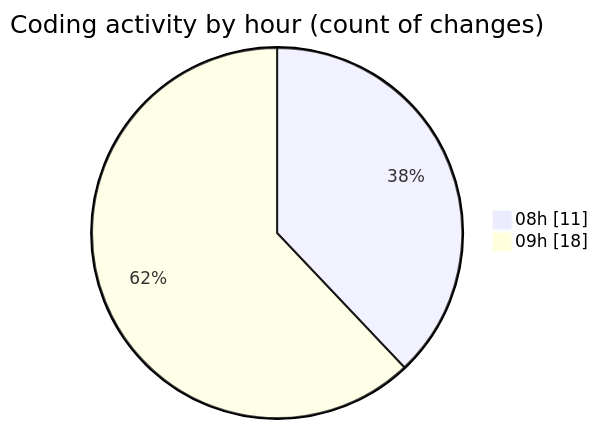
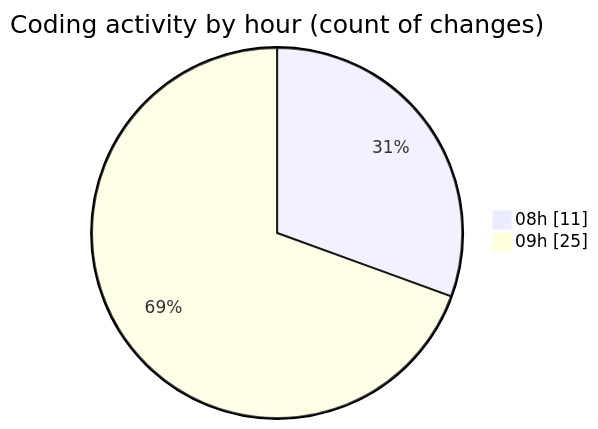
One commit to MatusMokan/code-tracking changed the second of 2 diagrams in 2025-11-15/untitled__workspace_/README.md. Above: the diagram before and after it, drawn with Mermaid. The commit also changed other lines of this file and 1 other file, not shown here.

````diff
--- a/2025-11-15/untitled__workspace_/README.md
+++ b/2025-11-15/untitled__workspace_/README.md
@@ -33,6 +33,6 @@
 ```mermaid
 pie showData
 title Coding activity by hour (count of changes)
 "08h" : 11
-"09h" : 18
+"09h" : 25
 ```
````
